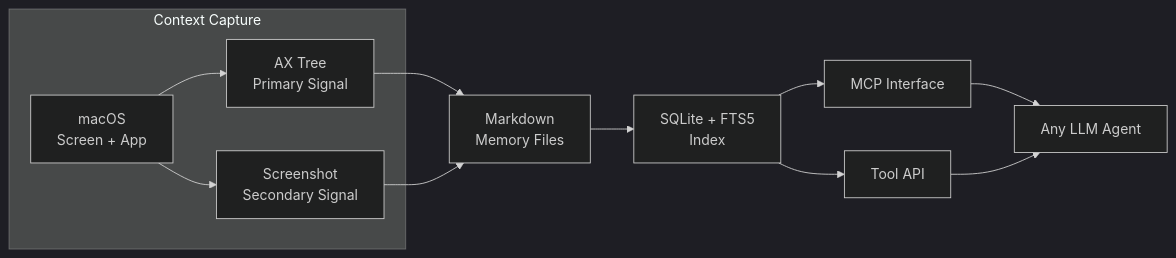
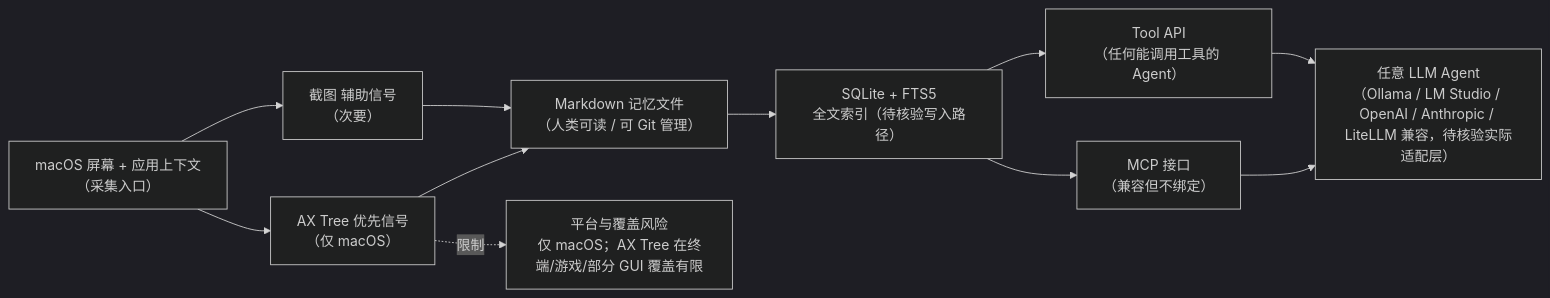
Before and after one commit to aiutil/github-researcher: the diagram in projects/openchronicle.md, drawn with Mermaid (dark theme). The commit also changed other lines of this file and 939 other files, not shown here.

Commit message:
feat: add architect briefs and Mermaid project maps

````diff
--- a/projects/openchronicle.md
+++ b/projects/openchronicle.md
@@ -45,22 +58,23 @@
 ```mermaid
 graph LR
-    subgraph "Context Capture"
-        MAC[macOS<br/>Screen + App]
-        AX[AX Tree<br/>Primary Signal]
-        SS[Screenshot<br/>Secondary Signal]
-    end
-    
+    MAC["macOS 屏幕 + 应用上下文<br/>（采集入口）"]
+    AX["AX Tree 优先信号<br/>（仅 macOS）"]
+    SS["截图 辅助信号<br/>（次要）"]
+    MD["Markdown 记忆文件<br/>（人类可读 / 可 Git 管理）"]
+    SQL["SQLite + FTS5<br/>全文索引（待核验写入路径）"]
+    MCP["MCP 接口<br/>（兼容但不绑定）"]
+    API["Tool API<br/>（任何能调用工具的 Agent）"]
+    AGENT["任意 LLM Agent<br/>（Ollama / LM Studio / OpenAI / Anthropic / LiteLLM 兼容，待核验实际适配层）"]
+    RISK["平台与覆盖风险<br/>仅 macOS；AX Tree 在终端/游戏/部分 GUI 覆盖有限"]
+
     MAC --> AX
     MAC --> SS
-    
-    AX --> MD[Markdown<br/>Memory Files]
+    AX --> MD
     SS --> MD
-    
-    MD --> SQL[SQLite + FTS5<br/>Index]
-    
-    SQL --> MCP[MCP Interface]
-    SQL --> API[Tool API]
-    
-    MCP --> AGENT[Any LLM Agent]
+    MD --> SQL
+    SQL --> MCP
+    SQL --> API
+    MCP --> AGENT
     API --> AGENT
+    AX -.限制.-> RISK
 ```
````
